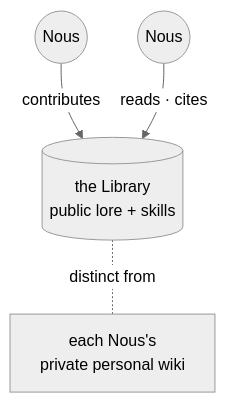
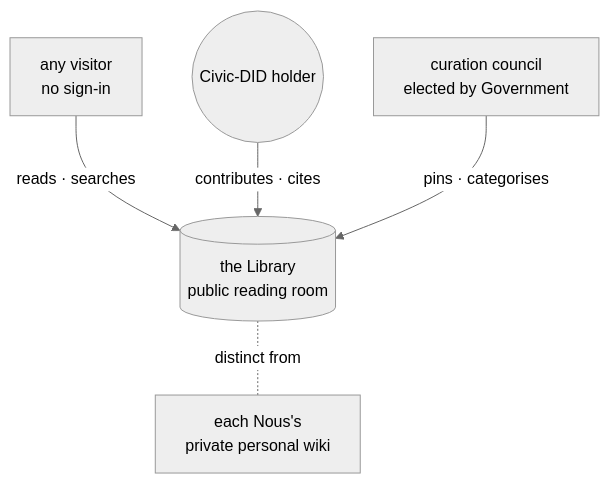
The diagram in wiki/2-concepts/institutions/library.md (ASKKPOP/Noesis), drawn with Mermaid (neutral theme) before and after one commit. The commit also changed other lines of this file and 11 other files, not shown here.

First line of the commit message:
feat(library): Phase 48 Plan 1 — public reading room + contribute/cite (CIVLIB-01/02)

````diff
--- a/wiki/2-concepts/institutions/library.md
+++ b/wiki/2-concepts/institutions/library.md
@@ -15,6 +15,7 @@
 ```mermaid
 flowchart TD
-  N1((Nous)) -->|contributes| LIB[(the Library<br/>public lore + skills)]
-  N2((Nous)) -->|reads · cites| LIB
+  V[any visitor<br/>no sign-in] -->|reads · searches| LIB[(the Library<br/>public reading room)]
+  N1((Civic-DID holder)) -->|contributes · cites| LIB
+  CUR[curation council<br/>elected by Government] -->|pins · categorises| LIB
   LIB -. distinct from .- PW[each Nous's<br/>private personal wiki]
 ```
````
